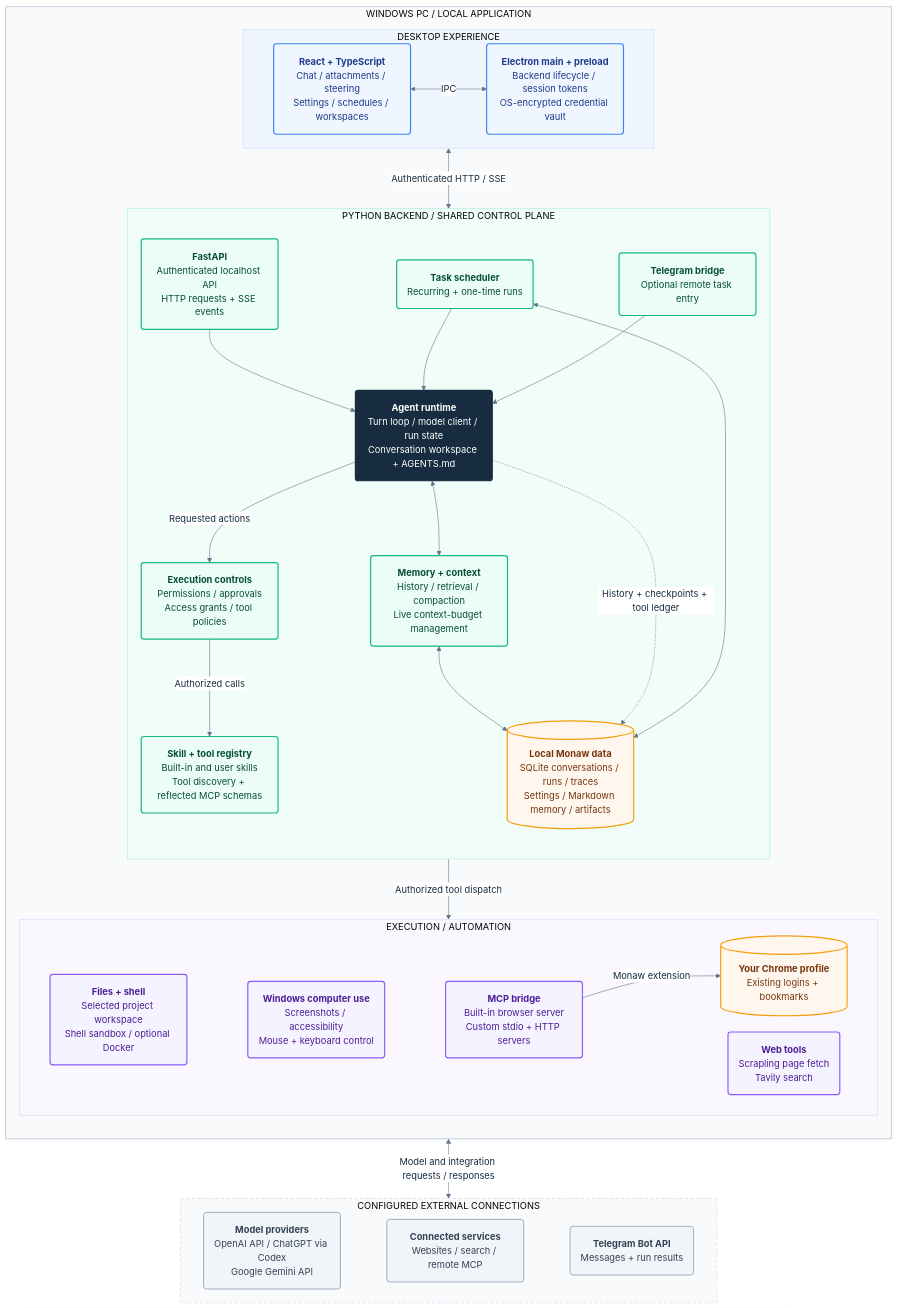
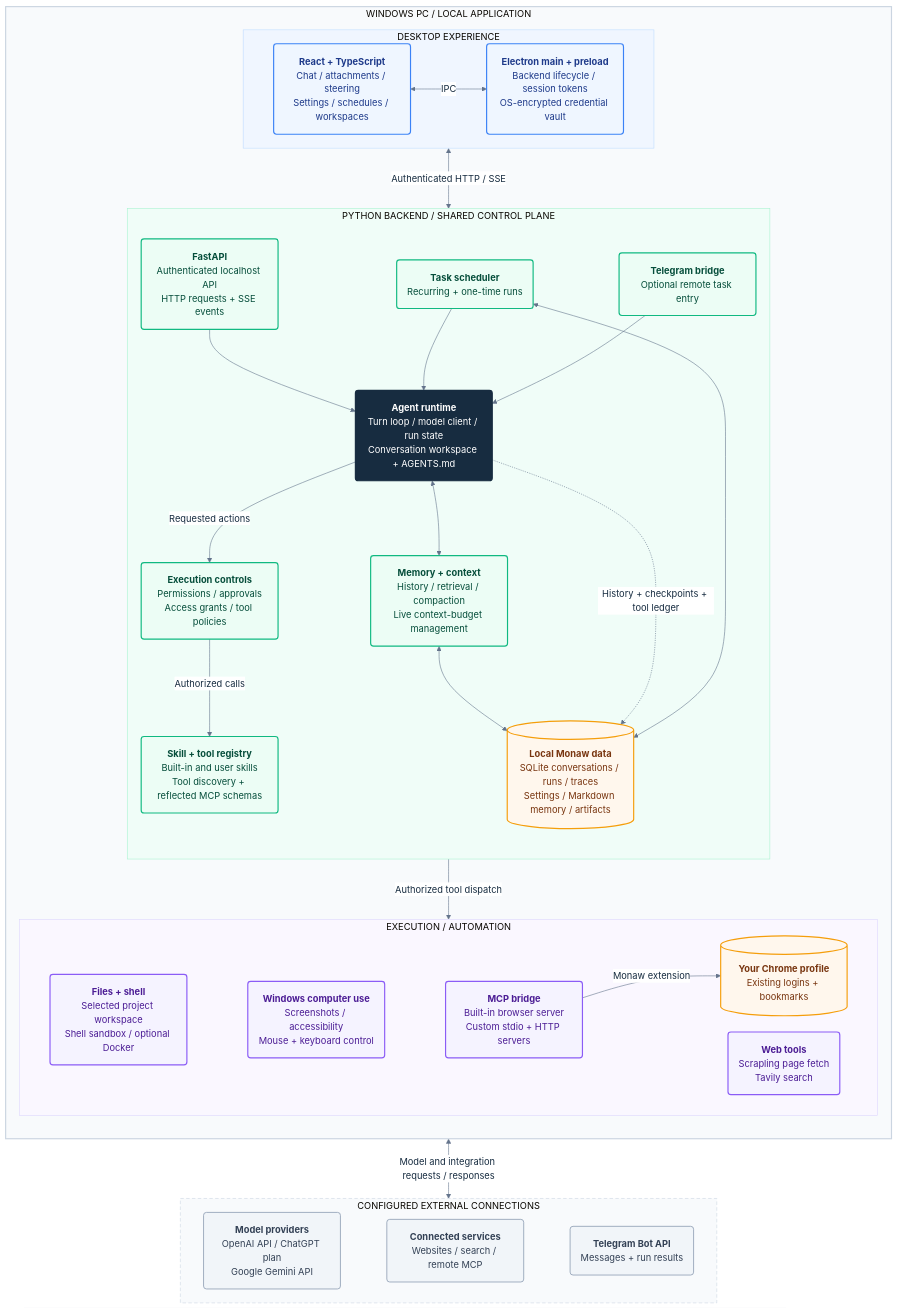
One commit to kailiang0120/monaw changed the diagram in README.md. Above: the diagram before and after it, drawn with Mermaid. The commit also changed other lines of this file and 80 other files, not shown here.

````diff
--- a/README.md
+++ b/README.md
@@ -96,80 +96,80 @@
 ```mermaid
 %%{init: {"theme": "base", "fontFamily": "Arial", "themeVariables": {"fontSize": "16px", "primaryTextColor": "#172c40", "lineColor": "#64748b", "edgeLabelBackground": "#ffffff", "clusterBkg": "#f8fafc", "clusterBorder": "#cbd5e1"}, "flowchart": {"curve": "basis", "nodeSpacing": 28, "rankSpacing": 55, "padding": 18}}}%%
 flowchart TB
   accTitle: Monaw system architecture
   accDescr: Electron manages a local FastAPI backend. The shared agent runtime uses context management, permission-controlled skills, MCP tools and local persistence. Configured model providers, web services and Telegram are external connections.
 
   subgraph PC["WINDOWS PC / LOCAL APPLICATION"]
     direction TB
     subgraph DESKTOP["DESKTOP EXPERIENCE"]
       direction LR
       UI("<b>React + TypeScript</b><br/>Chat / attachments / steering<br/>Settings / schedules / workspaces")
       MAIN("<b>Electron main + preload</b><br/>Backend lifecycle / session tokens<br/>OS-encrypted credential vault")
       UI <-->|IPC| MAIN
     end
 
     subgraph BACKEND["PYTHON BACKEND / SHARED CONTROL PLANE"]
       direction TB
       API("<b>FastAPI</b><br/>Authenticated localhost API<br/>HTTP requests + SSE events")
       RUN("<b>Agent runtime</b><br/>Turn loop / model client / run state<br/>Conversation workspace + AGENTS.md")
       CONTEXT("<b>Memory + context</b><br/>History / retrieval / compaction<br/>Live context-budget management")
       GATE("<b>Execution controls</b><br/>Permissions / approvals<br/>Access grants / tool policies")
       REGISTRY("<b>Skill + tool registry</b><br/>Built-in and user skills<br/>Tool discovery + reflected MCP schemas")
       JOBS("<b>Task scheduler</b><br/>Recurring + one-time runs")
       TG("<b>Telegram bridge</b><br/>Optional remote task entry")
       STORE[("<b>Local Monaw data</b><br/>SQLite conversations / runs / traces<br/>Settings / Markdown memory / artifacts")]
 
       API --> RUN
       JOBS --> RUN
       TG --> RUN
       RUN <--> CONTEXT
       RUN -->|Requested actions| GATE
       GATE -->|Authorized calls| REGISTRY
     end
 
     subgraph TOOLS["EXECUTION / AUTOMATION"]
       direction LR
       FILES("<b>Files + shell</b><br/>Selected project workspace<br/>Shell sandbox / optional Docker")
       APPS("<b>Windows computer use</b><br/>Screenshots / accessibility<br/>Mouse + keyboard control")
       MCP("<b>MCP bridge</b><br/>Built-in browser server<br/>Custom stdio + HTTP servers")
       WEB("<b>Web tools</b><br/>Scrapling page fetch<br/>Tavily search")
       CHROME[("<b>Your Chrome profile</b><br/>Existing logins + bookmarks")]
       MCP -->|Monaw extension| CHROME
     end
 
     DESKTOP <-->|Authenticated HTTP / SSE| BACKEND
     BACKEND -->|Authorized tool dispatch| TOOLS
     FILES ~~~ APPS ~~~ MCP ~~~ WEB
     CONTEXT <--> STORE
     RUN -.->|History + checkpoints + tool ledger| STORE
     JOBS <--> STORE
   end
 
   subgraph SERVICES["CONFIGURED EXTERNAL CONNECTIONS"]
     direction LR
-    MODELS("<b>Model providers</b><br/>OpenAI API / ChatGPT via Codex<br/>Google Gemini API")
+    MODELS("<b>Model providers</b><br/>OpenAI API / ChatGPT plan<br/>Google Gemini API")
     REMOTE("<b>Connected services</b><br/>Websites / search / remote MCP")
     BOT("<b>Telegram Bot API</b><br/>Messages + run results")
   end
 
   PC <-->|Model and integration requests / responses| SERVICES
   MODELS ~~~ REMOTE ~~~ BOT
 
   classDef desktop fill:#eff6ff,stroke:#3b82f6,color:#1e3a8a,stroke-width:2px
   classDef agent fill:#172c40,stroke:#172c40,color:#ffffff,stroke-width:2px
   classDef runtime fill:#ecfdf5,stroke:#10b981,color:#064e3b,stroke-width:2px
   classDef tools fill:#f5f3ff,stroke:#8b5cf6,color:#4c1d95,stroke-width:2px
   classDef local fill:#fff7ed,stroke:#f59e0b,color:#78350f,stroke-width:2px
   classDef external fill:#f1f5f9,stroke:#94a3b8,color:#334155,stroke-width:1.5px
   class UI,MAIN desktop
   class RUN agent
   class API,CONTEXT,GATE,REGISTRY,JOBS,TG runtime
   class FILES,APPS,MCP,WEB tools
   class STORE,CHROME local
   class MODELS,REMOTE,BOT external
   style PC fill:#f8fafc,stroke:#cbd5e1,stroke-width:2px
   style DESKTOP fill:#f0f6ff,stroke:#bfdbfe
   style BACKEND fill:#f0fdf8,stroke:#a7f3d0
   style TOOLS fill:#faf7ff,stroke:#ddd6fe
   style SERVICES fill:#f8fafc,stroke:#cbd5e1,stroke-dasharray:6 4
 ```
````
